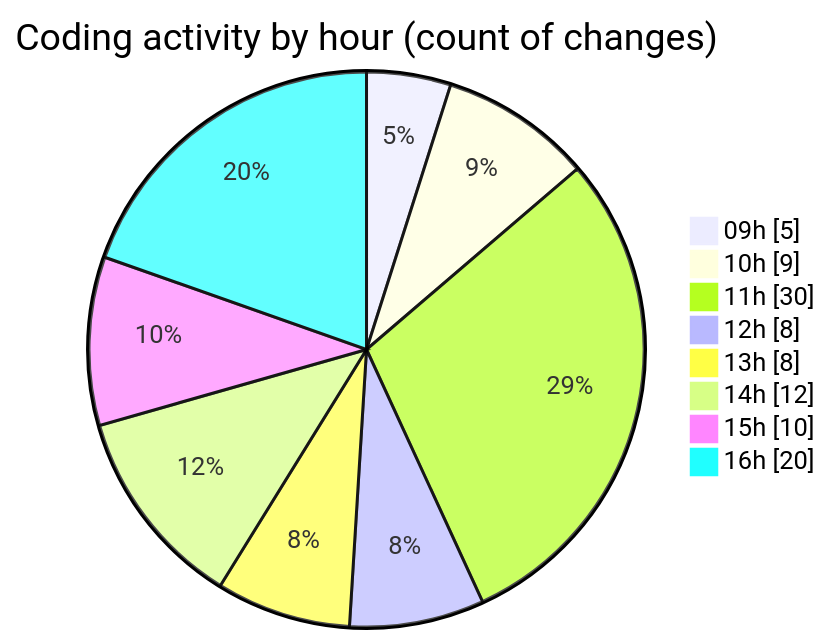
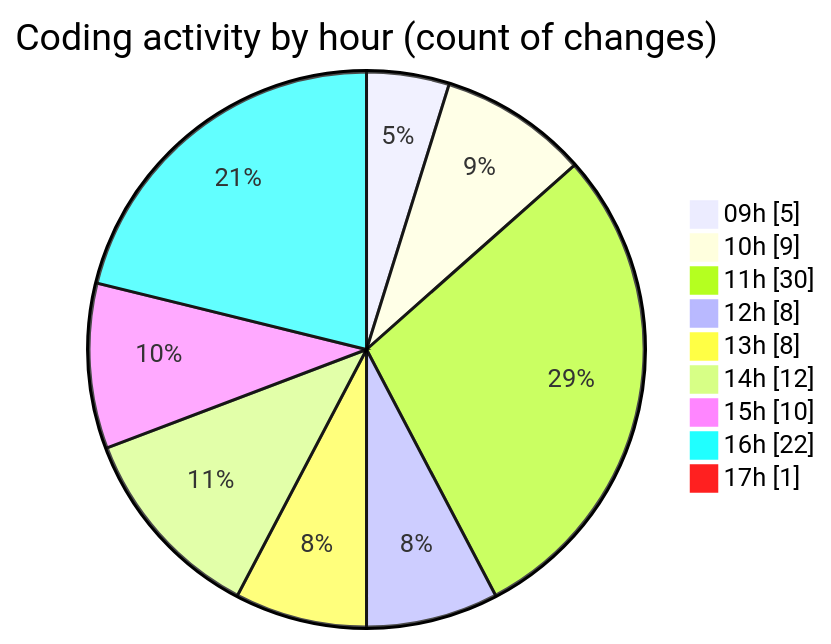
The second of 2 diagrams in 2025-02-03/cda/README.md (momahboobian/code-tracking), drawn with Mermaid before and after one commit. The commit also changed other lines of this file and 1 other file, not shown here.

````diff
--- a/2025-02-03/cda/README.md
+++ b/2025-02-03/cda/README.md
@@ -33,12 +33,13 @@
 ```mermaid
 pie showData
 title Coding activity by hour (count of changes)
 "09h" : 5
 "10h" : 9
 "11h" : 30
 "12h" : 8
 "13h" : 8
 "14h" : 12
 "15h" : 10
-"16h" : 20
+"16h" : 22
+"17h" : 1
 ```
````
